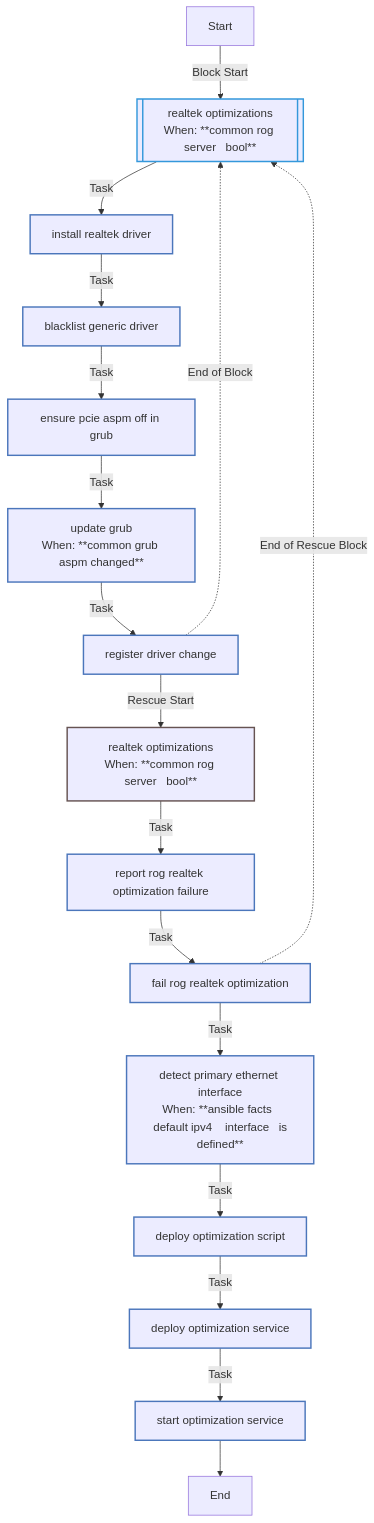
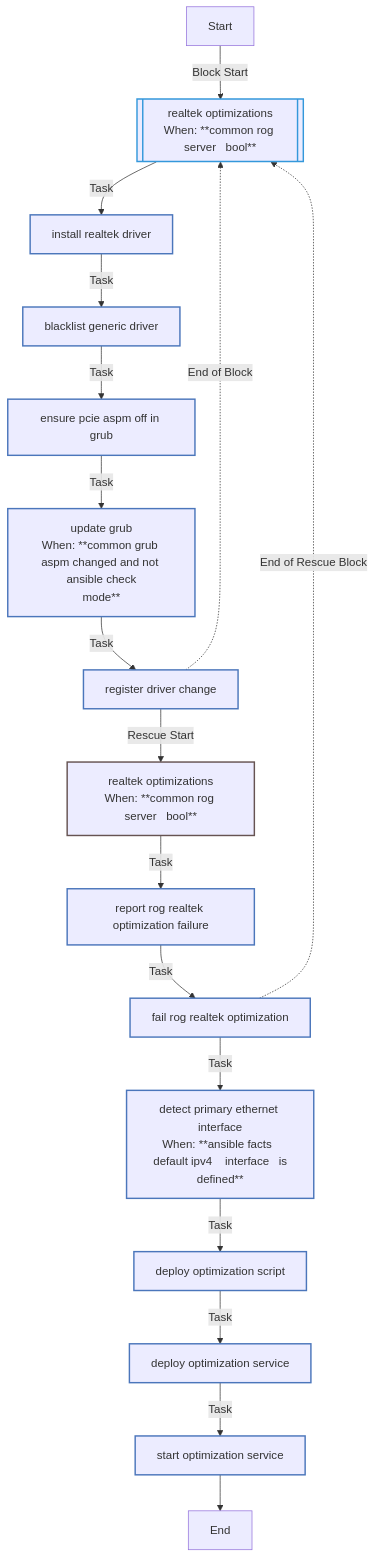
Before and after one commit to rou-cru/k3s-homelab: the sixth of 9 diagrams in roles/common/README.md, drawn with Mermaid. The commit also changed other lines of this file and 28 other files, not shown here.

````diff
--- a/roles/common/README.md
+++ b/roles/common/README.md
@@ -596,29 +596,29 @@
 ```mermaid
 flowchart TD
 Start
 classDef block stroke:#3498db,stroke-width:2px;
 classDef task stroke:#4b76bb,stroke-width:2px;
 classDef includeTasks stroke:#16a085,stroke-width:2px;
 classDef importTasks stroke:#34495e,stroke-width:2px;
 classDef includeRole stroke:#2980b9,stroke-width:2px;
 classDef importRole stroke:#699ba7,stroke-width:2px;
 classDef includeVars stroke:#8e44ad,stroke-width:2px;
 classDef rescue stroke:#665352,stroke-width:2px;
 
   Start-->|Block Start| Realtek_optimizations0_block_start_0[[realtek optimizations<br>When: **common rog server   bool**]]:::block
   Realtek_optimizations0_block_start_0-->|Task| Install_Realtek_driver0[install realtek driver]:::task
   Install_Realtek_driver0-->|Task| Blacklist_generic_driver1[blacklist generic driver]:::task
   Blacklist_generic_driver1-->|Task| Ensure_pcie_aspm_off_in_GRUB2[ensure pcie aspm off in grub]:::task
-  Ensure_pcie_aspm_off_in_GRUB2-->|Task| Update_GRUB3[update grub<br>When: **common grub aspm changed**]:::task
+  Ensure_pcie_aspm_off_in_GRUB2-->|Task| Update_GRUB3[update grub<br>When: **common grub aspm changed and not ansible check<br>mode**]:::task
   Update_GRUB3-->|Task| Register_driver_change4[register driver change]:::task
   Register_driver_change4-.->|End of Block| Realtek_optimizations0_block_start_0
   Register_driver_change4-->|Rescue Start| Realtek_optimizations0_rescue_start_0[realtek optimizations<br>When: **common rog server   bool**]:::rescue
   Realtek_optimizations0_rescue_start_0-->|Task| Report_RoG_Realtek_optimization_failure0[report rog realtek optimization failure]:::task
   Report_RoG_Realtek_optimization_failure0-->|Task| Fail_RoG_Realtek_optimization1[fail rog realtek optimization]:::task
   Fail_RoG_Realtek_optimization1-.->|End of Rescue Block| Realtek_optimizations0_block_start_0
   Fail_RoG_Realtek_optimization1-->|Task| Detect_primary_ethernet_interface1[detect primary ethernet interface<br>When: **ansible facts  default ipv4    interface   is<br>defined**]:::task
   Detect_primary_ethernet_interface1-->|Task| Deploy_optimization_script2[deploy optimization script]:::task
   Deploy_optimization_script2-->|Task| Deploy_optimization_service3[deploy optimization service]:::task
   Deploy_optimization_service3-->|Task| Start_optimization_service4[start optimization service]:::task
   Start_optimization_service4-->End
 ```
````
